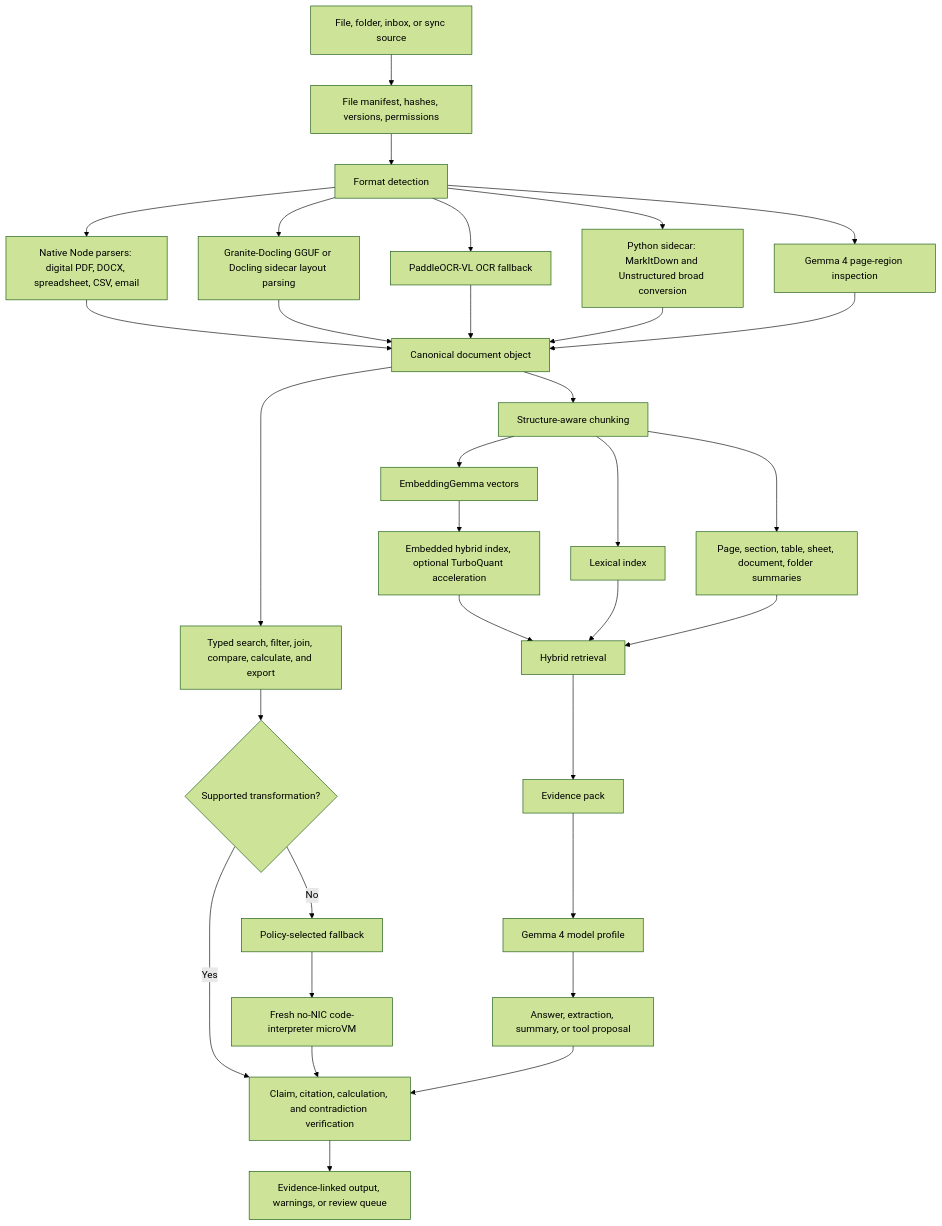
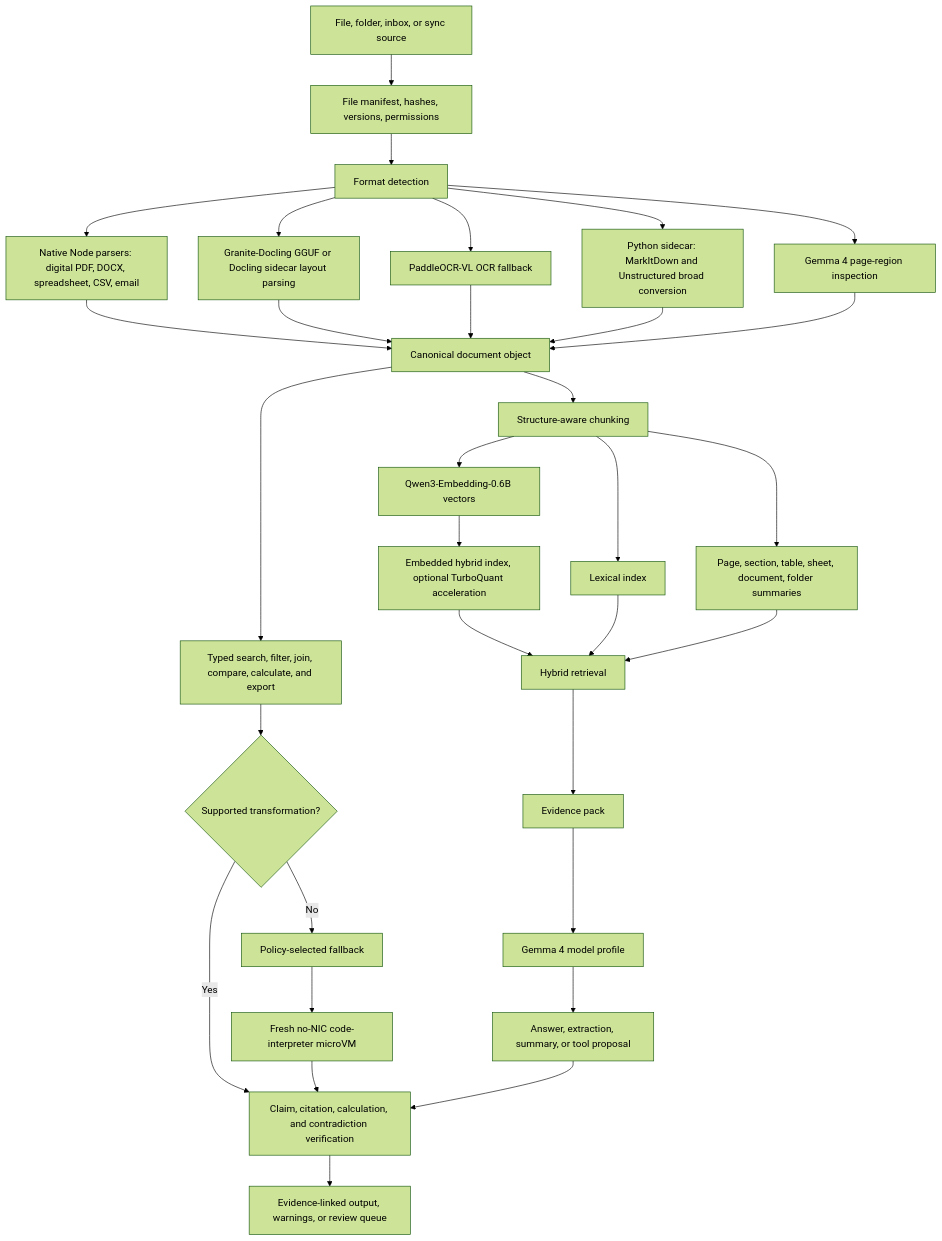
Before and after one commit to alex-alecu/vault-desk: the diagram in docs/diagrams/document-pipeline.md, drawn with Mermaid (forest theme). The commit also changed 15 other files, not shown here.

````diff
--- a/docs/diagrams/document-pipeline.md
+++ b/docs/diagrams/document-pipeline.md
@@ -5,37 +5,37 @@
 ```mermaid
 flowchart TD
     Input["File, folder, inbox, or sync source"] --> Manifest["File manifest, hashes, versions, permissions"]
     Manifest --> Detect["Format detection"]
     Detect --> Native["Native Node parsers: digital PDF, DOCX, spreadsheet, CSV, email"]
     Detect --> Layout["Granite-Docling GGUF or Docling sidecar layout parsing"]
     Detect --> OCR["PaddleOCR-VL OCR fallback"]
     Detect --> Sidecar["Python sidecar: MarkItDown and Unstructured broad conversion"]
     Detect --> Multimodal["Gemma 4 page-region inspection"]
 
     Native --> Canonical["Canonical document object"]
     Layout --> Canonical
     OCR --> Canonical
     Sidecar --> Canonical
     Multimodal --> Canonical
 
     Canonical --> Deterministic["Typed search, filter, join, compare, calculate, and export"]
     Deterministic --> Supported{"Supported transformation?"}
     Supported -->|Yes| Verify
     Supported -->|No| Policy["Policy-selected fallback"]
     Policy --> Code["Fresh no-NIC code-interpreter microVM"]
     Code --> Verify
 
     Canonical --> Chunk["Structure-aware chunking"]
     Chunk --> Summary["Page, section, table, sheet, document, folder summaries"]
-    Chunk --> Dense["EmbeddingGemma vectors"]
+    Chunk --> Dense["Qwen3-Embedding-0.6B vectors"]
     Chunk --> Lexical["Lexical index"]
     Dense --> Hybrid["Embedded hybrid index, optional TurboQuant acceleration"]
     Hybrid --> Retrieve["Hybrid retrieval"]
     Lexical --> Retrieve
     Summary --> Retrieve
     Retrieve --> Evidence["Evidence pack"]
     Evidence --> Model["Gemma 4 model profile"]
     Model --> Claims["Answer, extraction, summary, or tool proposal"]
     Claims --> Verify["Claim, citation, calculation, and contradiction verification"]
     Verify --> Output["Evidence-linked output, warnings, or review queue"]
 ```
````
